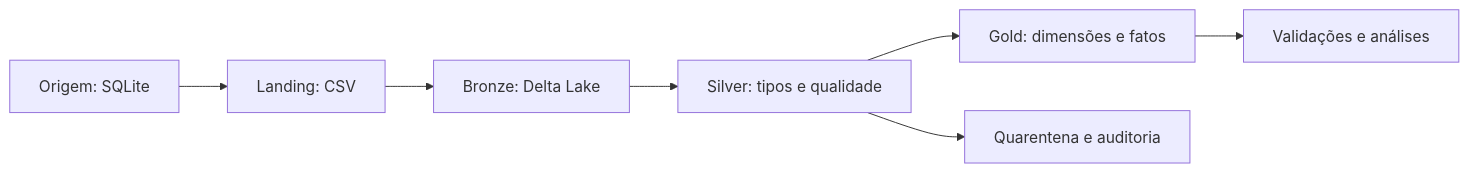
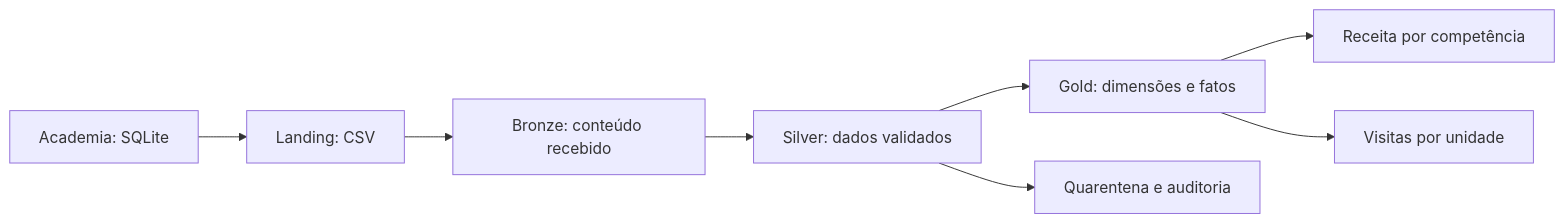
Before and after one commit to 02kamk/lakehouse-databricks-medalhao: the diagram in docs/index.md, drawn with Mermaid. The commit also changed other lines of this file and 8 other files, not shown here.

````diff
--- a/docs/index.md
+++ b/docs/index.md
@@ -25,9 +30,10 @@
 ```mermaid
 flowchart LR
-    A["Origem: SQLite"] --> B["Landing: CSV"]
-    B --> C["Bronze: Delta Lake"]
-    C --> D["Silver: tipos e qualidade"]
+    A["Academia: SQLite"] --> B["Landing: CSV"]
+    B --> C["Bronze: conteúdo recebido"]
+    C --> D["Silver: dados validados"]
     D --> E["Gold: dimensões e fatos"]
     D --> Q["Quarentena e auditoria"]
-    E --> V["Validações e análises"]
+    E --> F["Receita por competência"]
+    E --> G["Visitas por unidade"]
 ```
````
